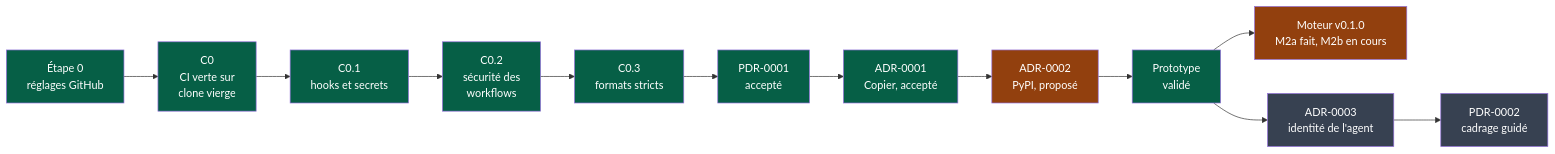
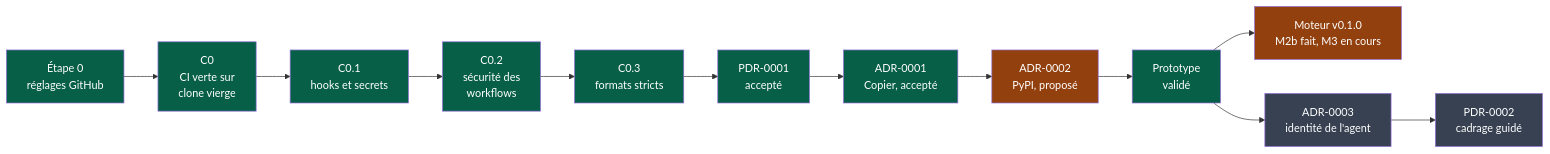
The first of 2 diagrams in docs/governance/chantiers.md (NapkinStack/engineering-os), drawn with Mermaid before and after one commit. The commit also changed other lines of this file and 7 other files, not shown here.

````diff
--- a/docs/governance/chantiers.md
+++ b/docs/governance/chantiers.md
@@ -10,19 +10,19 @@
 ```mermaid
 flowchart LR
     S0["Étape 0<br/>réglages GitHub"]:::fait --> C0["C0<br/>CI verte sur<br/>clone vierge"]:::fait
     C0 --> C01["C0.1<br/>hooks et secrets"]:::fait
     C01 --> C02["C0.2<br/>sécurité des<br/>workflows"]:::fait
     C02 --> C03["C0.3<br/>formats stricts"]:::fait
     C03 --> PDR["PDR-0001<br/>accepté"]:::fait
     PDR --> A1["ADR-0001<br/>Copier, accepté"]:::fait
     A1 --> A2["ADR-0002<br/>PyPI, proposé"]:::partiel
     A2 --> PT["Prototype<br/>validé"]:::fait
-    PT --> RP["Moteur v0.1.0<br/>M2a fait, M2b en cours"]:::partiel
+    PT --> RP["Moteur v0.1.0<br/>M2b fait, M3 en cours"]:::partiel
     PT --> A3["ADR-0003<br/>identité de l'agent"]:::afaire
     A3 --> P2["PDR-0002<br/>cadrage guidé"]:::afaire
 
     classDef fait fill:#065f46,color:#fff
     classDef partiel fill:#92400e,color:#fff
     classDef afaire fill:#374151,color:#fff
     classDef bloque fill:#7c2d12,color:#fff
 ```
````
